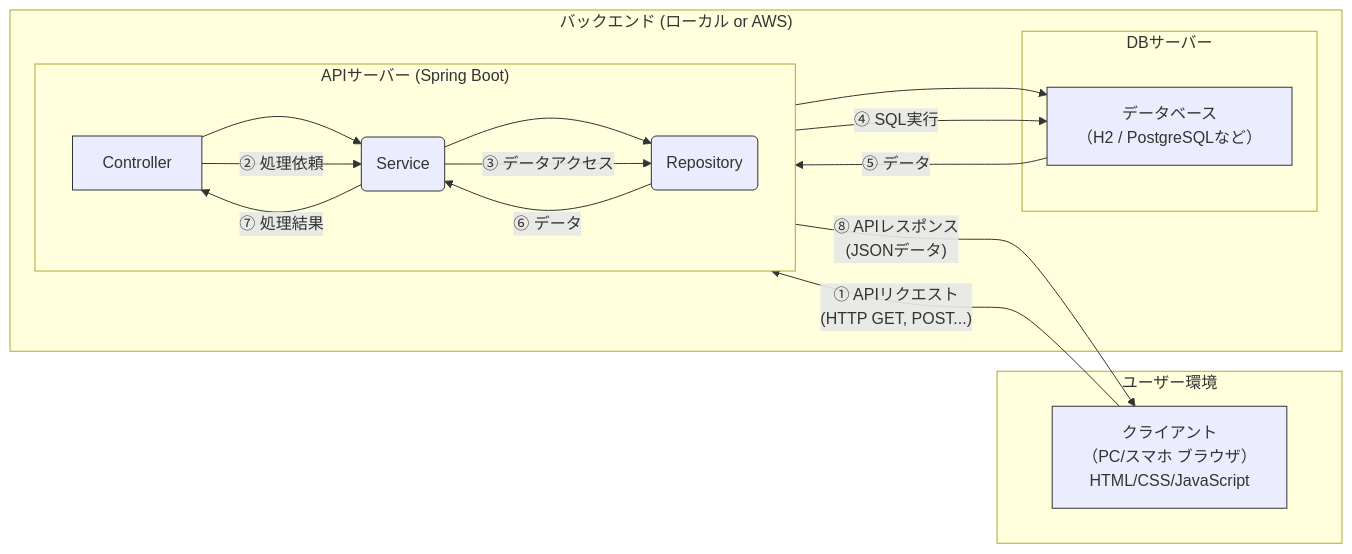
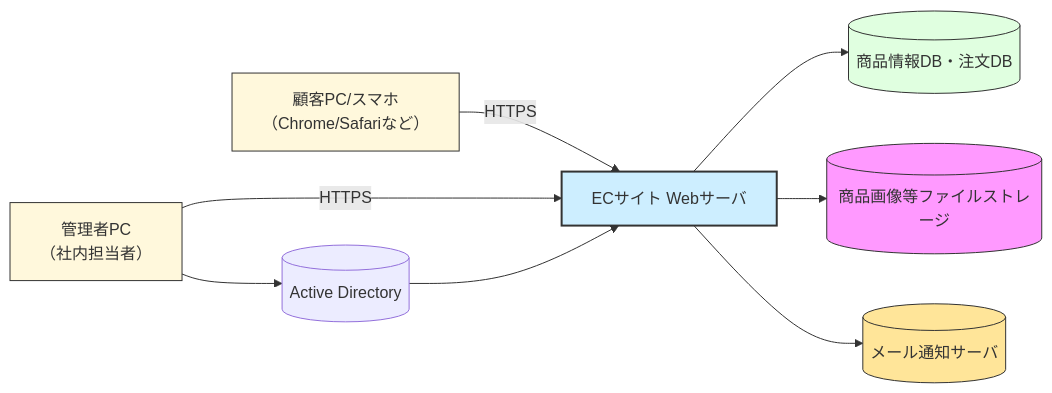
Before and after one commit to natsumiumeda/Jobs: the first of 18 diagrams in 詳細設計/詳細設計書の例（必須機能のみ）.md, drawn with Mermaid. The commit also changed other lines of this file, not shown here.

```diff
--- a/詳細設計/詳細設計書の例（必須機能のみ）.md
+++ b/詳細設計/詳細設計書の例（必須機能のみ）.md
@@ -43,33 +57,16 @@
 <div class="mermaid">
 graph LR
-    subgraph ユーザー環境
-        A[クライアント<br>（PC/スマホ ブラウザ）<br>HTML/CSS/JavaScript]
-    end
-
-    subgraph "バックエンド (ローカル or AWS)"
-        subgraph "APIサーバー (Spring Boot)"
-            direction LR
-            B[Controller<br>] --> C(Service<br>);
-            C --> D(Repository<br>);
-        end
-        subgraph DBサーバー
-            E[データベース<br>（H2 / PostgreSQLなど）]
-        end
-        D --> E;
-    end
-
-    A -- ① APIリクエスト<br>(HTTP GET, POST...) --> B;
-    B -- ② 処理依頼 --> C;
-    C -- ③ データアクセス --> D;
-    D -- ④ SQL実行 --> E;
-    E -- ⑤ データ --> D;
-    D -- ⑥ データ --> C;
-    C -- ⑦ 処理結果 --> B;
-    B -- ⑧ APIレスポンス<br>(JSONデータ) --> A;
-
-    style A fill:#lightyellow,stroke:#333,stroke-width:1px
-    style B fill:#lightblue,stroke:#333,stroke-width:1px
-    style C fill:#lightgreen,stroke:#333,stroke-width:1px
-    style D fill:#lightcoral,stroke:#333,stroke-width:1px
-    style E fill:#lightgrey,stroke:#333,stroke-width:1px
+    顧客端末[顧客PC/スマホ<br>（Chrome/Safariなど）] -- HTTPS --> ECサーバ[ECサイト Webサーバ]
+    管理端末[管理者PC<br>（社内担当者）] -- HTTPS --> ECサーバ
+    ECサーバ --> DB[(商品情報DB・注文DB)]
+    ECサーバ --> ストレージ[(商品画像等ファイルストレージ)]
+    ECサーバ --> メール[(メール通知サーバ)]
+    管理端末 --> 認証システム[(Active Directory)] --> ECサーバ
+ 
+    style 顧客端末 fill:#fff8dc,stroke:#333
+    style 管理端末 fill:#fff8dc,stroke:#333
+    style ECサーバ fill:#cdeeff,stroke:#333,stroke-width:2px
+    style DB fill:#e0ffe0,stroke:#333
+    style ストレージ fill:#f9f,stroke:#333
+    style メール fill:#ffe599,stroke:#333
 </div>
```
